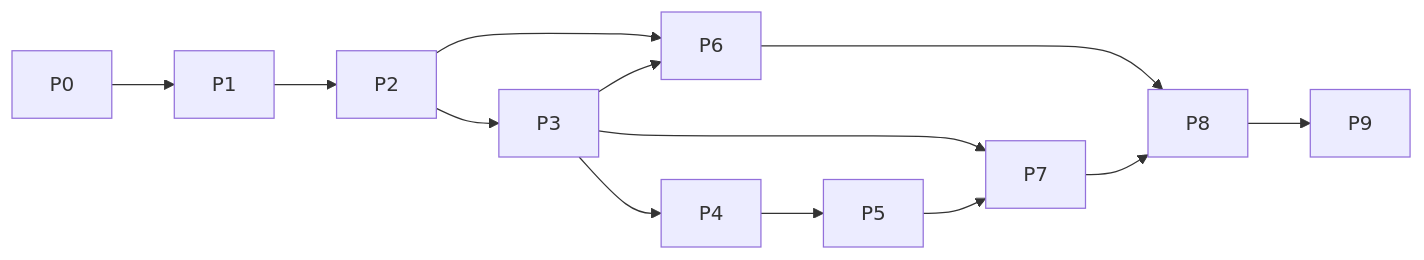
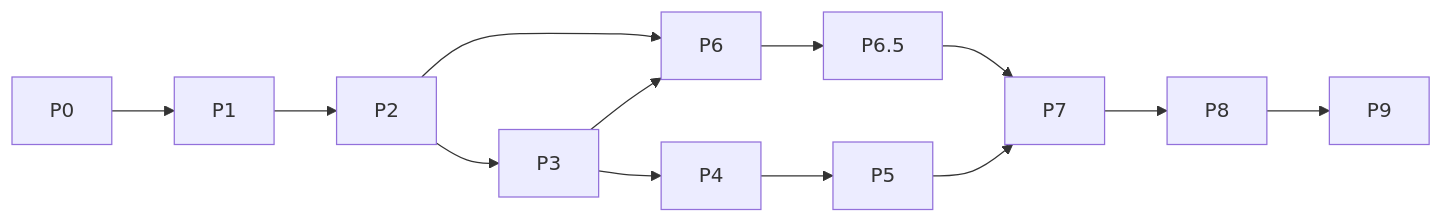
One commit to ShashidharReddy01/Momentum changed the diagram in docs/roadmap/roadmap.md. Above: the diagram before and after it, drawn with Mermaid. The commit also changed other lines of this file and 23 other files, not shown here.

````diff
--- a/docs/roadmap/roadmap.md
+++ b/docs/roadmap/roadmap.md
@@ -21,10 +23,10 @@
 ```mermaid
 flowchart LR
   P0 --> P1 --> P2 --> P3 --> P4 --> P5
   P2 --> P6
   P3 --> P6
-  P3 --> P7
+  P6 --> P65[P6.5]
+  P65 --> P7
   P5 --> P7
-  P6 --> P8
   P7 --> P8 --> P9
 ```
````
